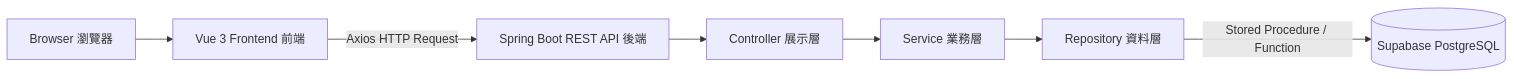
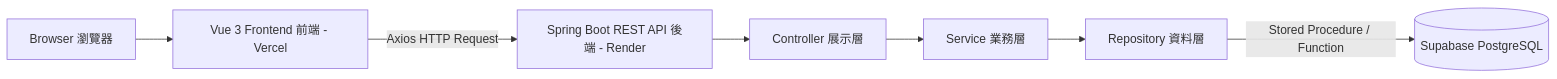
The first of 4 diagrams in README.md (a88019401/esun-library-system), drawn with Mermaid before and after one commit. The commit also changed other lines of this file and 5 other files, not shown here.

````diff
--- a/README.md
+++ b/README.md
@@ -150,9 +184,9 @@
 ```mermaid
 flowchart LR
-    A[Browser 瀏覽器] --> B[Vue 3 Frontend 前端]
-    B -->|Axios HTTP Request| C[Spring Boot REST API 後端]
+    A[Browser 瀏覽器] --> B[Vue 3 Frontend 前端 - Vercel]
+    B -->|Axios HTTP Request| C[Spring Boot REST API 後端 - Render]
     C --> D[Controller 展示層]
     D --> E[Service 業務層]
     E --> F[Repository 資料層]
     F -->|Stored Procedure / Function| G[(Supabase PostgreSQL)]
 ```
````
